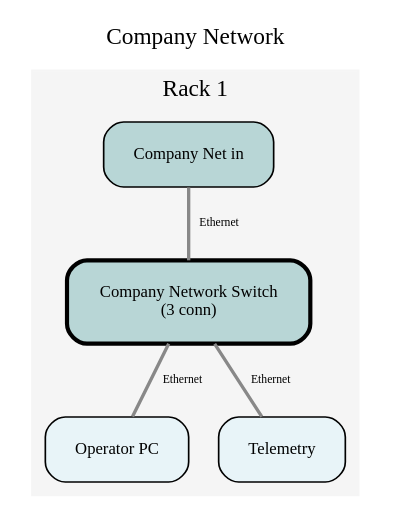
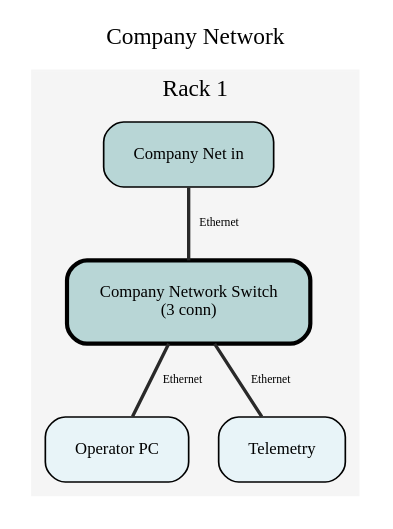
The diagram in output/company_network.dot (BenjiPestell/rack-diagram-demo), drawn with Graphviz before and after one commit. The commit also changed 5 other files, not shown here.

```diff
--- a/output/company_network.dot
+++ b/output/company_network.dot
@@ -1,65 +1,65 @@
 graph "Company Network" {
 
   graph [
     bgcolor="white",
     label="Company Network",
     labelloc=t,
     fontsize=14,
     fontname="Sinkin Sans 400 Regular",
     overlap=false,
     sep=0.5
   ];
 
   node [
     shape=box,
     style="rounded,filled",
     fontsize=10,
     fontname="Sinkin Sans 400 Regular",
     margin=0.2
   ];
 
   edge [
-    color="#888888",
+    color="#292929",
     style=solid,
     penwidth=2.0
   ];
 
   // Devices grouped by rack and external groups
 
   subgraph cluster_rack1 {
     label="Rack 1";
     style=filled;
     color="#F5F5F5";
     fontname="Sinkin Sans 400 Regular";
 
     "Company_Network_Switch" [
       label="Company Network Switch\n(3 conn)",
       fillcolor="#B8D6D6",
       penwidth=2.5
     ];
     "Company_Net_in" [
       label="Company Net in",
       fillcolor="#B8D6D6"
     ];
     "Operator_PC" [
       label="Operator PC",
       fillcolor="#E8F4F8"
     ];
     "Telemetry" [
       label="Telemetry",
       fillcolor="#E8F4F8"
     ];
   }
 
   // Connections
   Company_Network_Switch -- Operator_PC [
-    color="#888888", style=solid, penwidth=2.0, label="   Ethernet", fontsize=7, fontname="Sinkin Sans 400 Regular"
+    color="#292929", style=solid, penwidth=2.0, label="   Ethernet", fontsize=7, fontname="Sinkin Sans 400 Regular"
   ];
   Company_Network_Switch -- Telemetry [
-    color="#888888", style=solid, penwidth=2.0, label="   Ethernet", fontsize=7, fontname="Sinkin Sans 400 Regular"
+    color="#292929", style=solid, penwidth=2.0, label="   Ethernet", fontsize=7, fontname="Sinkin Sans 400 Regular"
   ];
   Company_Net_in -- Company_Network_Switch [
-    color="#888888", style=solid, penwidth=2.0, label="   Ethernet", fontsize=7, fontname="Sinkin Sans 400 Regular"
+    color="#292929", style=solid, penwidth=2.0, label="   Ethernet", fontsize=7, fontname="Sinkin Sans 400 Regular"
   ];
 
 }
```
